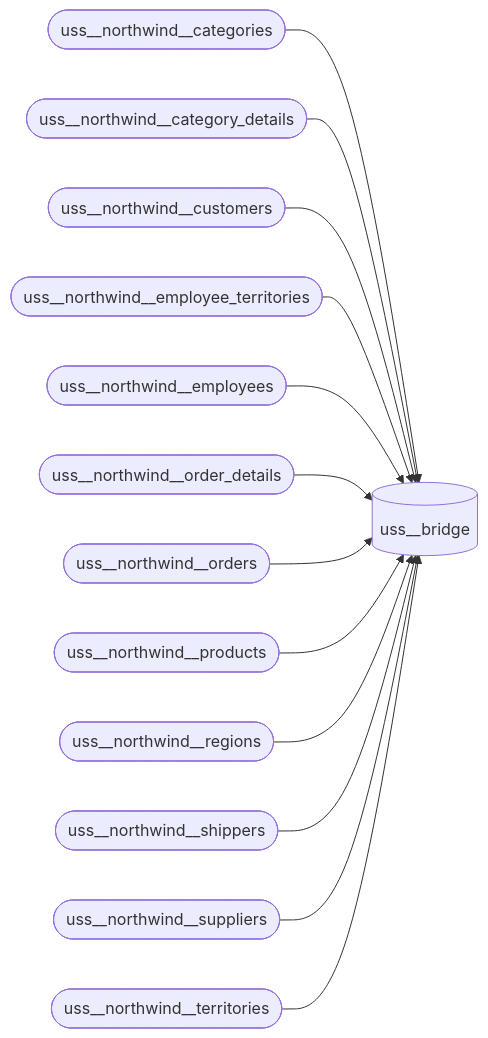
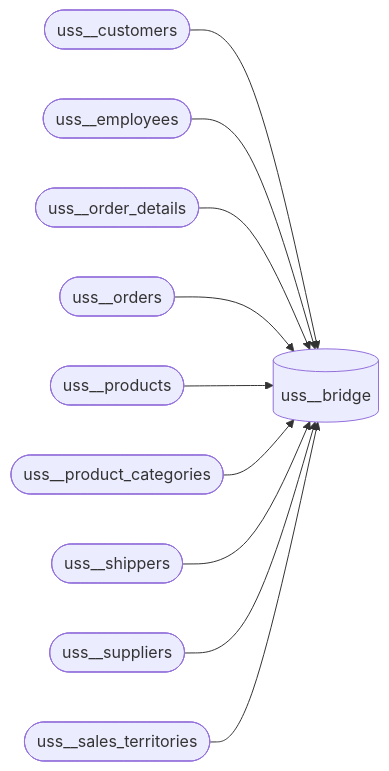
The fourth of 4 diagrams in README.md (mattiasthalen/obsidian-insights), drawn with Mermaid before and after one commit. The commit also changed 16 other files, not shown here.

````diff
--- a/README.md
+++ b/README.md
@@ -158,29 +158,23 @@
 ```mermaid
 flowchart LR
     uss__bridge[("uss__bridge")]
-    uss__northwind__categories(["uss__northwind__categories"])
-    uss__northwind__category_details(["uss__northwind__category_details"])
-    uss__northwind__customers(["uss__northwind__customers"])
-    uss__northwind__employee_territories(["uss__northwind__employee_territories"])
-    uss__northwind__employees(["uss__northwind__employees"])
-    uss__northwind__order_details(["uss__northwind__order_details"])
-    uss__northwind__orders(["uss__northwind__orders"])
-    uss__northwind__products(["uss__northwind__products"])
-    uss__northwind__regions(["uss__northwind__regions"])
-    uss__northwind__shippers(["uss__northwind__shippers"])
-    uss__northwind__suppliers(["uss__northwind__suppliers"])
-    uss__northwind__territories(["uss__northwind__territories"])
+    uss__customers(["uss__customers"])
+    uss__employees(["uss__employees"])
+    uss__order_details(["uss__order_details"])
+    uss__orders(["uss__orders"])
+    uss__products(["uss__products"])
+    uss__product_categories(["uss__product_categories"])
+    uss__shippers(["uss__shippers"])
+    uss__suppliers(["uss__suppliers"])
+    uss__sales_territories(["uss__sales_territories"])
 
-    uss__northwind__categories --> uss__bridge
-    uss__northwind__category_details --> uss__bridge
-    uss__northwind__customers --> uss__bridge
-    uss__northwind__employee_territories --> uss__bridge
-    uss__northwind__employees --> uss__bridge
-    uss__northwind__order_details --> uss__bridge
-    uss__northwind__orders --> uss__bridge
-    uss__northwind__products --> uss__bridge
-    uss__northwind__regions --> uss__bridge
-    uss__northwind__shippers --> uss__bridge
-    uss__northwind__suppliers --> uss__bridge
-    uss__northwind__territories --> uss__bridge
+    uss__customers --> uss__bridge
+    uss__employees --> uss__bridge
+    uss__order_details --> uss__bridge
+    uss__orders --> uss__bridge
+    uss__products --> uss__bridge
+    uss__product_categories --> uss__bridge
+    uss__shippers --> uss__bridge
+    uss__suppliers --> uss__bridge
+    uss__sales_territories --> uss__bridge
 ```
````
